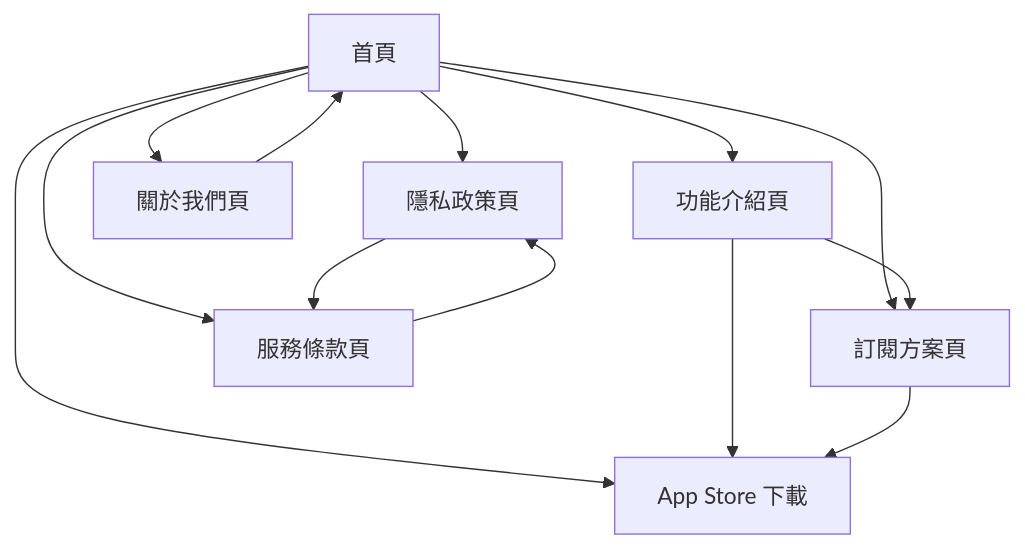
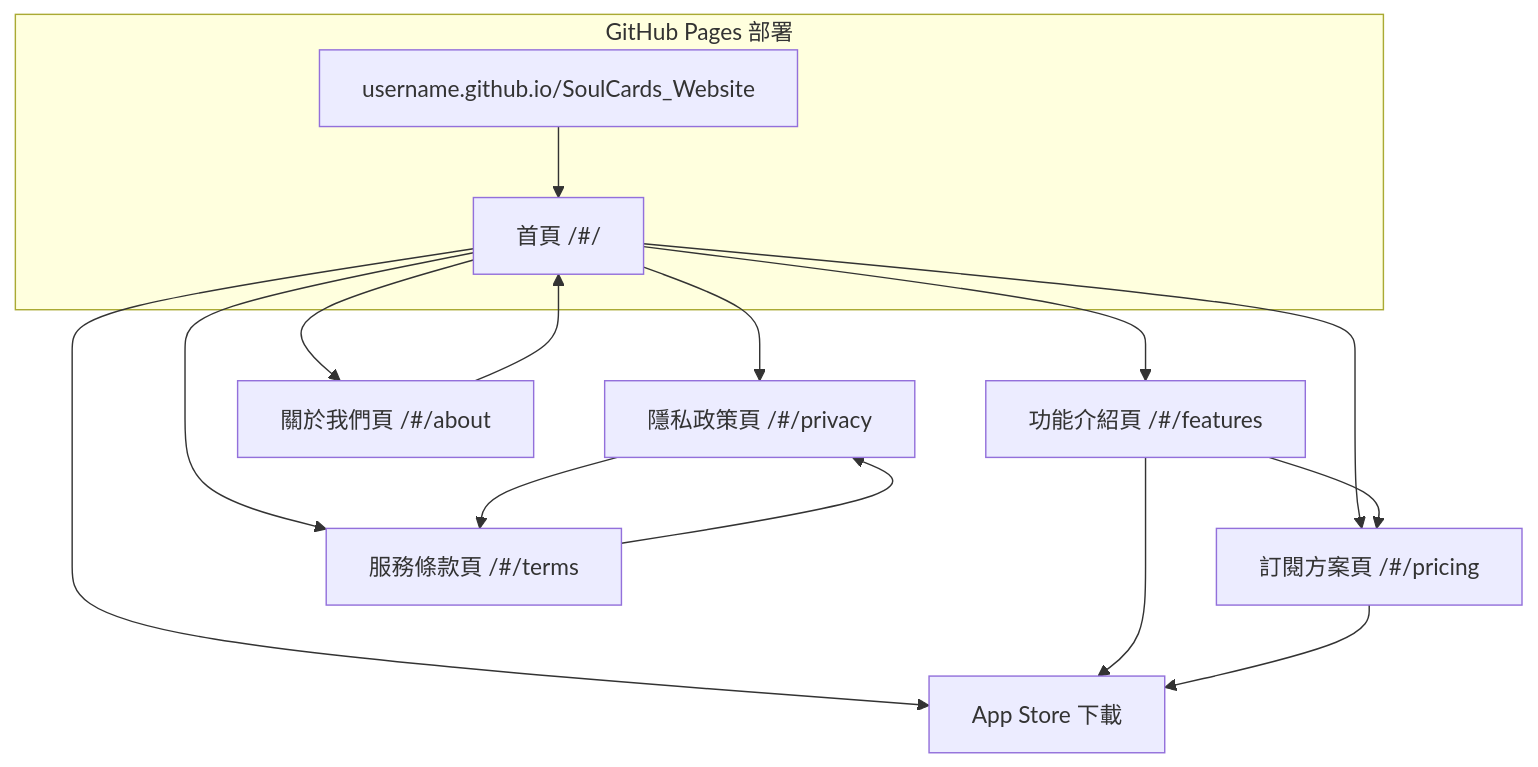
The diagram in .trae/documents/SoulCards_網站產品需求文檔.md (andy846/SoulCards-Website), drawn with Mermaid before and after one commit. The commit also changed other lines of this file and 297 other files, not shown here.

Commit message:
Deploy SoulCards website to GitHub Pages

````diff
--- a/.trae/documents/SoulCards_網站產品需求文檔.md
+++ b/.trae/documents/SoulCards_網站產品需求文檔.md
@@ -59,15 +61,20 @@
 ```mermaid
 graph TD
-    A[首頁] --> B[功能介紹頁]
-    A --> C[訂閱方案頁]
+    A[首頁 /#/] --> B[功能介紹頁 /#/features]
+    A --> C[訂閱方案頁 /#/pricing]
     A --> D[App Store 下載]
     B --> C
     B --> D
     C --> D
-    A --> E[隱私政策頁]
-    A --> F[服務條款頁]
-    A --> G[關於我們頁]
+    A --> E[隱私政策頁 /#/privacy]
+    A --> F[服務條款頁 /#/terms]
+    A --> G[關於我們頁 /#/about]
     E --> F
     F --> E
     G --> A
+    
+    subgraph "GitHub Pages 部署"
+        H[username.github.io/SoulCards_Website]
+        H --> A
+    end
 ```
````
